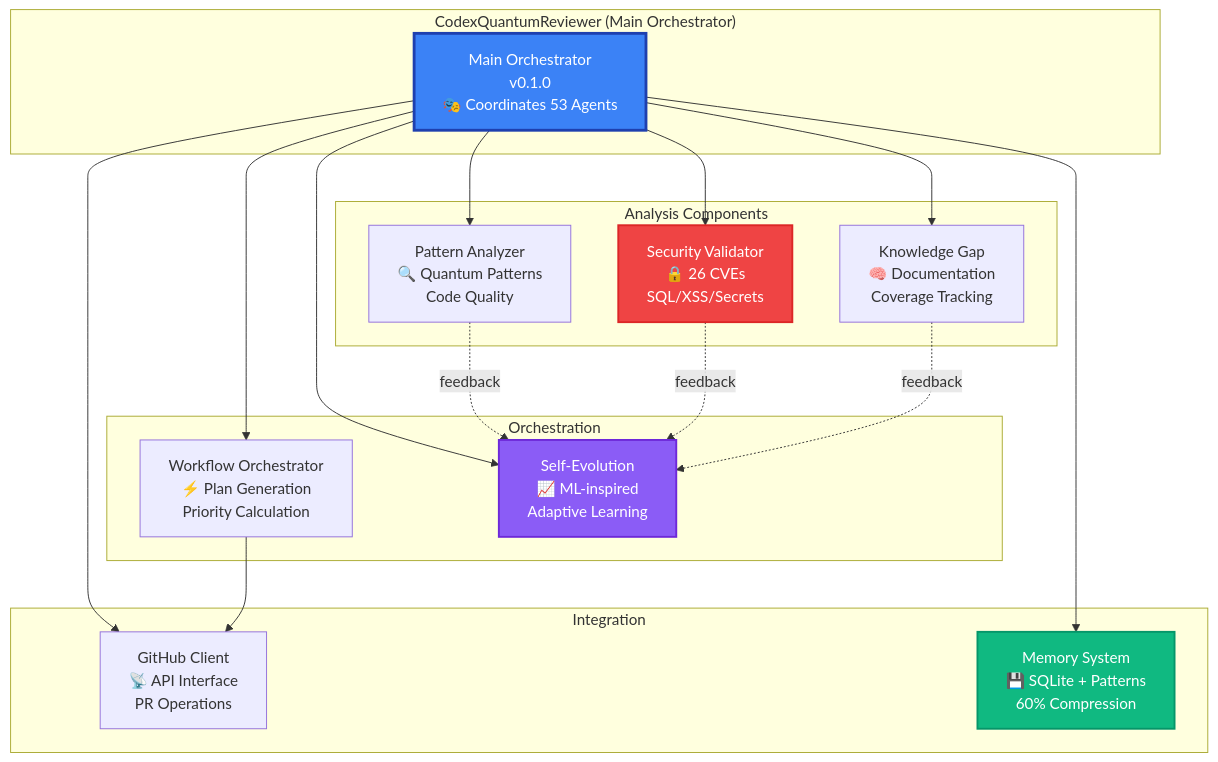
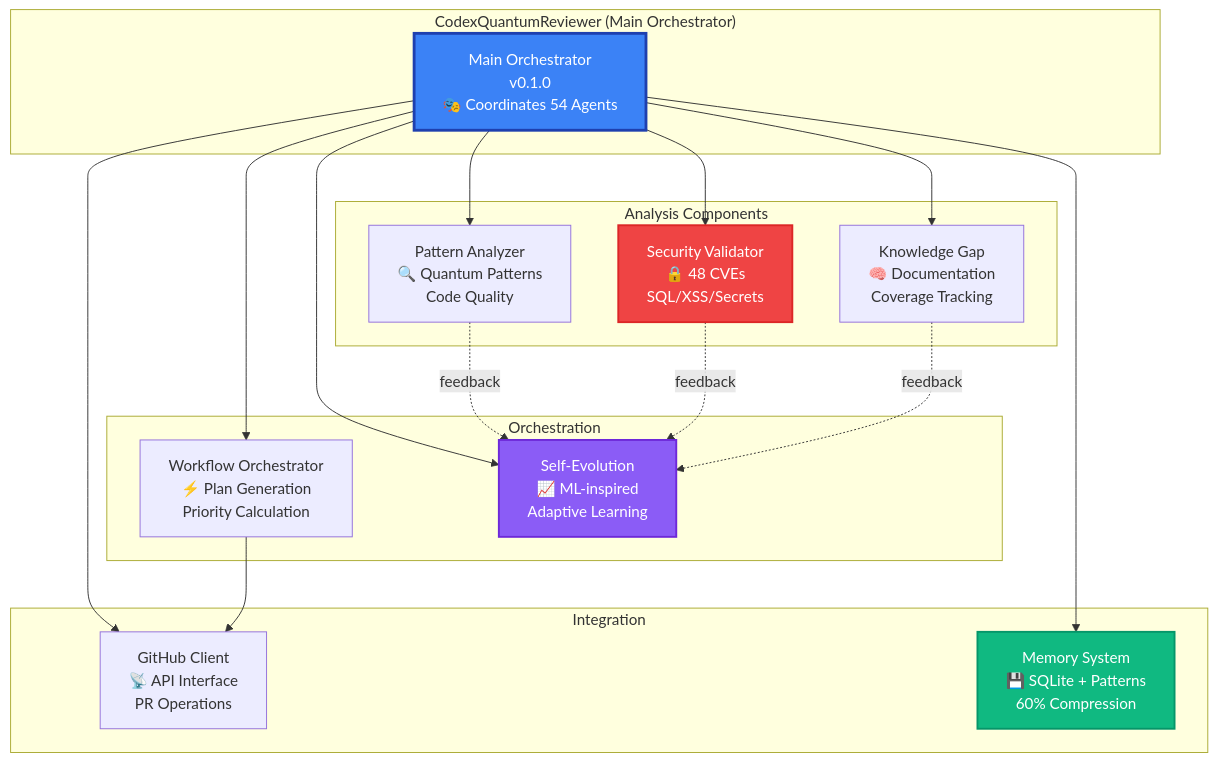
The second of 4 diagrams in .github/agents/ARCHITECTURE.md (Aries-Serpent/_codex_), drawn with Mermaid before and after one commit. The commit also changed other lines of this file and 7 other files, not shown here.

First line of the commit message:
S83: Update AAIS V3.2 (95.3/100), QA walkthrough report, refresh all custom agent files with current stats (54 agents, 48 CVEs, 1500+ tests, marshmallow 4.x migration context)

````diff
--- a/.github/agents/ARCHITECTURE.md
+++ b/.github/agents/ARCHITECTURE.md
@@ -73,41 +73,41 @@
 ```mermaid
 graph TB
     subgraph "CodexQuantumReviewer (Main Orchestrator)"
-        Reviewer[Main Orchestrator<br/>v0.1.0<br/>🎭 Coordinates 53 Agents]
+        Reviewer[Main Orchestrator<br/>v0.1.0<br/>🎭 Coordinates 54 Agents]
     end
     
     subgraph "Analysis Components"
         Pattern[Pattern Analyzer<br/>🔍 Quantum Patterns<br/>Code Quality]
-        Security[Security Validator<br/>🔒 26 CVEs<br/>SQL/XSS/Secrets]
+        Security[Security Validator<br/>🔒 48 CVEs<br/>SQL/XSS/Secrets]
         Knowledge[Knowledge Gap<br/>🧠 Documentation<br/>Coverage Tracking]
     end
     
     subgraph "Orchestration"
         Workflow[Workflow Orchestrator<br/>⚡ Plan Generation<br/>Priority Calculation]
         Learning[Self-Evolution<br/>📈 ML-inspired<br/>Adaptive Learning]
     end
     
     subgraph "Integration"
         GitHub[GitHub Client<br/>📡 API Interface<br/>PR Operations]
         Memory[Memory System<br/>💾 SQLite + Patterns<br/>60% Compression]
     end
     
     Reviewer --> Pattern
     Reviewer --> Security
     Reviewer --> Knowledge
     Reviewer --> Workflow
     Reviewer --> Learning
     Reviewer --> GitHub
     Reviewer --> Memory
     
     Pattern -.feedback.-> Learning
     Security -.feedback.-> Learning
     Knowledge -.feedback.-> Learning
     
     Workflow --> GitHub
     
     style Reviewer fill:#3b82f6,stroke:#1e40af,stroke-width:3px,color:#fff
     style Security fill:#ef4444,stroke:#dc2626,stroke-width:2px,color:#fff
     style Memory fill:#10b981,stroke:#059669,stroke-width:2px,color:#fff
     style Learning fill:#8b5cf6,stroke:#6d28d9,stroke-width:2px,color:#fff
 ```
````
